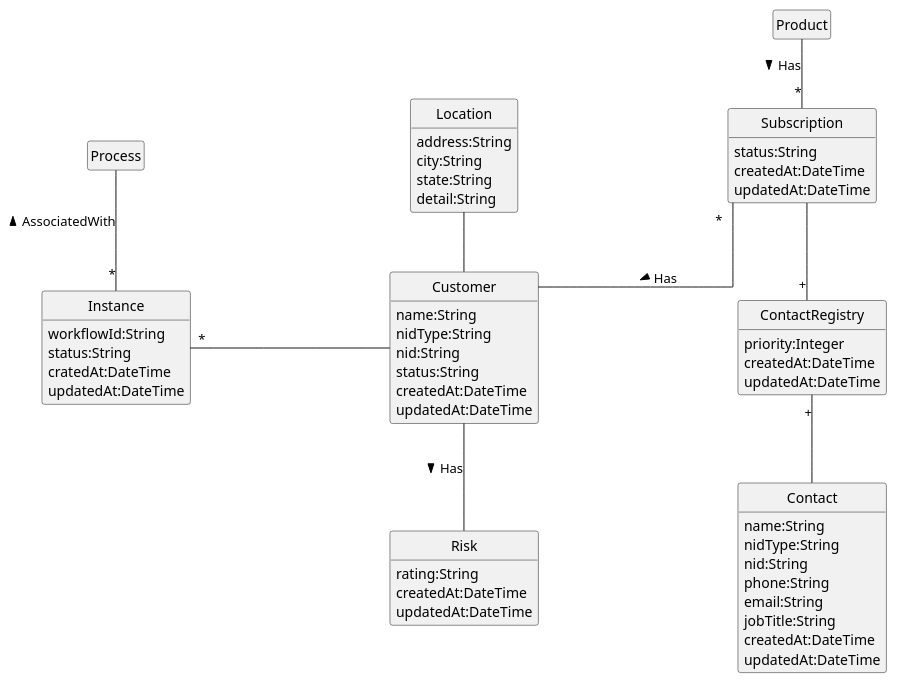
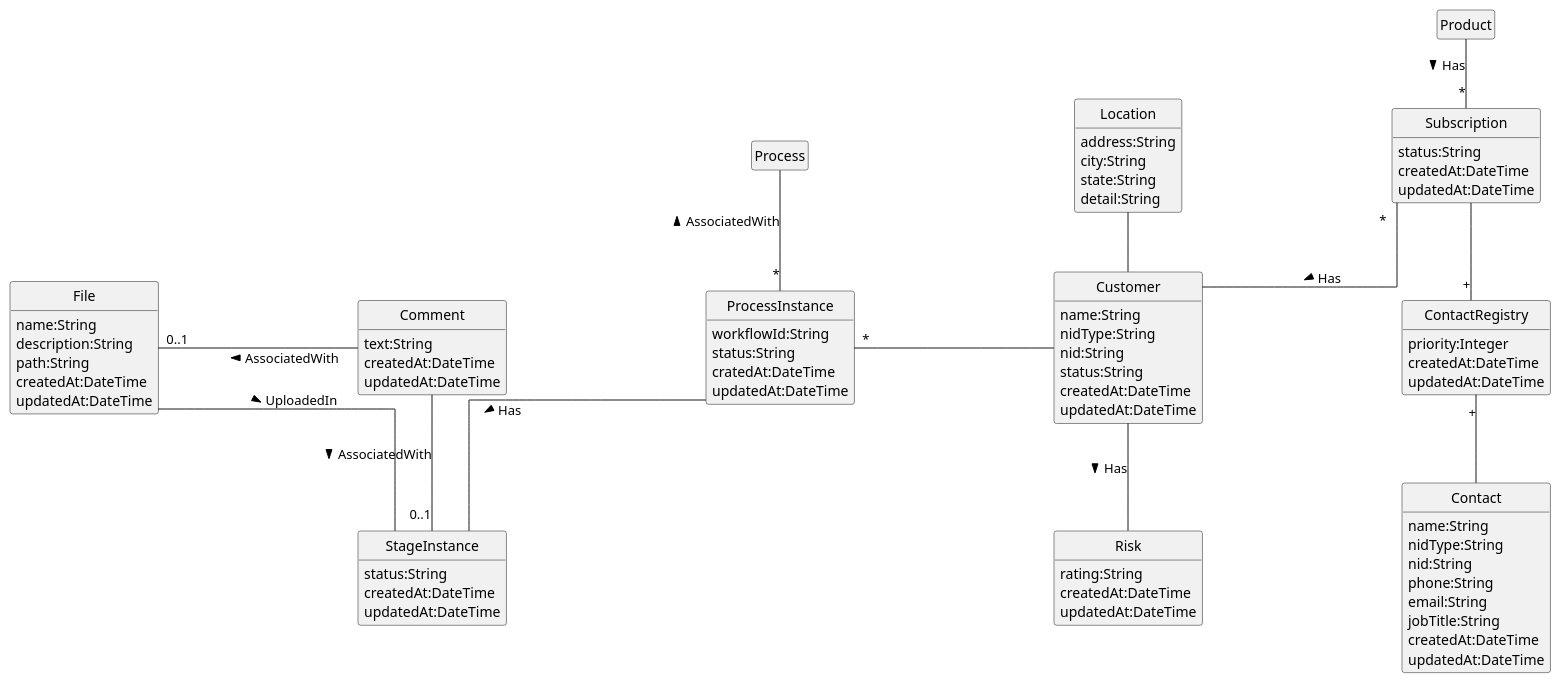
The diagram in docs/design/bpm-customers.pu (fhdiaze/kiwi), drawn with PlantUML before and after one commit. The commit also changed 1 other file, not shown here.

```diff
--- a/docs/design/bpm-customers.pu
+++ b/docs/design/bpm-customers.pu
@@ -1,73 +1,100 @@
 @startuml Domain
 
 hide circle
 hide empty members
 skinparam linetype ortho
 skinparam nodesep 200
 
 class Customer {
   name:String
   nidType:String
   nid:String
   status:String
   createdAt:DateTime
   updatedAt:DateTime
 }
 
 class Risk {
   rating:String
   createdAt:DateTime
   updatedAt:DateTime
 }
 
 class Location {
     address:String
     city:String
     state:String
     detail:String
 }
 
 class Subscription {
     status:String
     createdAt:DateTime
     updatedAt:DateTime
 }
 
 class Contact {
   name:String
   nidType:String
   nid:String
   phone:String
   email:String
   jobTitle:String
   createdAt:DateTime
   updatedAt:DateTime
 }
 
 class ContactRegistry {
   priority:Integer
   createdAt:DateTime
   updatedAt:DateTime
 }
 
-class Instance {
+class ProcessInstance {
   workflowId:String
   status:String
   cratedAt:DateTime
   updatedAt:DateTime
 }
 
+class StageInstance {
+  status:String
+  createdAt:DateTime
+  updatedAt:DateTime
+}
+
+class Comment {
+  text:String
+  createdAt:DateTime
+  updatedAt:DateTime
+}
+
+class File {
+  name:String
+  description:String
+  path:String
+  createdAt:DateTime
+  updatedAt:DateTime
+}
+
 Product -- "*" Subscription:Has >
 
 Customer -u- Location
-Customer -l- "*" Instance
+Customer -l- "*" ProcessInstance
 Customer -- Risk:Has >
+
+ProcessInstance -- StageInstance:Has >
+
+Comment -- "0..1" StageInstance:AssociatedWith >
+Comment -l- "0..1" File:AssociatedWith >
+
+StageInstance -- File:UploadedIn <
 
 Subscription -- "+" ContactRegistry
 Subscription "*" -- Customer:Has >
 
 ContactRegistry "+" -- Contact
 
-Process -- "*" Instance:AssociatedWith <
+Process -- "*" ProcessInstance:AssociatedWith <
 
 @enduml
```
